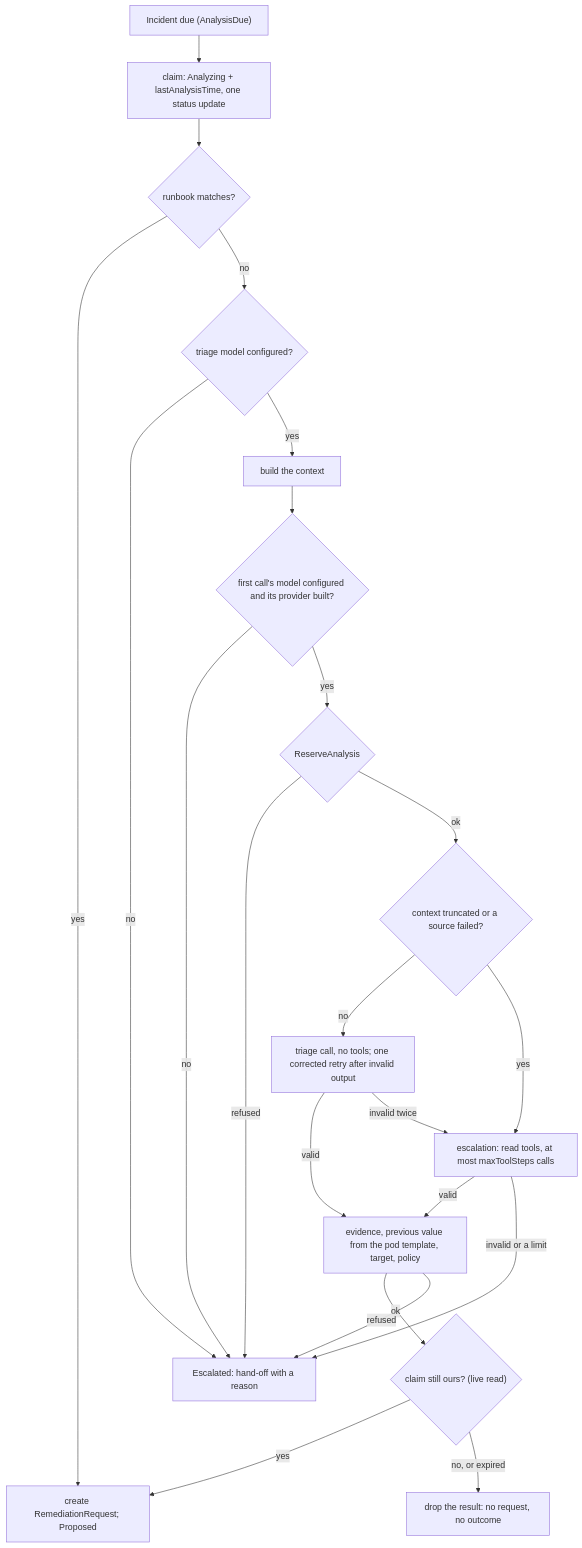
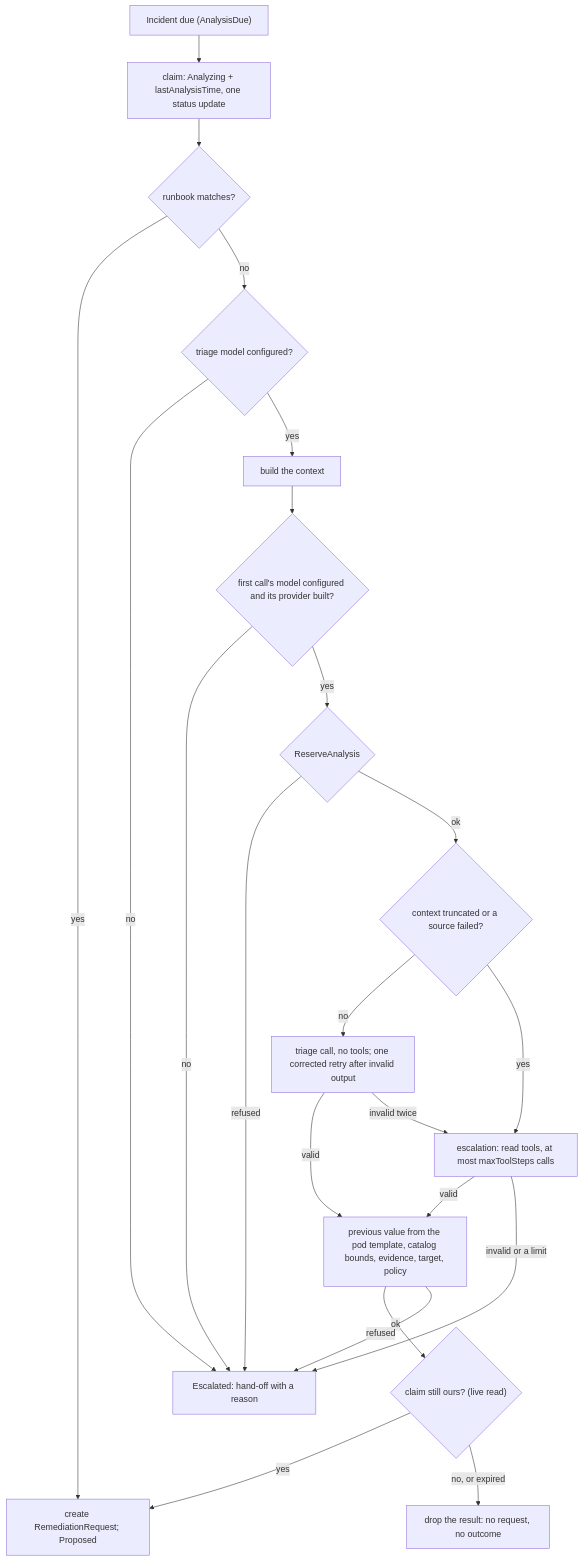
The second of 2 diagrams in docs/design/3-observation-and-deduplication.md (pkalin/shadewright), drawn with Mermaid before and after one commit. The commit also changed other lines of this file and 10 other files, not shown here.

First line of the commit message:
fix(analyzer): check the plan after taking the previous value from the template

````diff
--- a/docs/design/3-observation-and-deduplication.md
+++ b/docs/design/3-observation-and-deduplication.md
@@ -480,24 +480,24 @@
 ```mermaid
 flowchart TD
     due["Incident due (AnalysisDue)"] --> claim["claim: Analyzing + lastAnalysisTime, one status update"]
     claim --> rb{"runbook matches?"}
     rb -- yes --> plan
     rb -- no --> triage_cfg{"triage model configured?"}
     triage_cfg -- no --> handoff
     triage_cfg -- yes --> ctx["build the context"]
     ctx --> first{"first call's model configured and its provider built?"}
     first -- no --> handoff
     first -- yes --> budget{"ReserveAnalysis"}
     budget -- refused --> handoff
     budget -- ok --> signal{"context truncated or a source failed?"}
     signal -- no --> triage["triage call, no tools; one corrected retry after invalid output"]
     triage -- valid --> check
     triage -- invalid twice --> esc
     signal -- yes --> esc["escalation: read tools, at most maxToolSteps calls"]
-    esc -- valid --> check["evidence, previous value from the pod template, target, policy"]
+    esc -- valid --> check["previous value from the pod template, catalog bounds, evidence, target, policy"]
     esc -- invalid or a limit --> handoff
     check -- ok --> recheck{"claim still ours? (live read)"}
     recheck -- yes --> plan["create RemediationRequest; Proposed"]
     recheck -- "no, or expired" --> drop["drop the result: no request, no outcome"]
     check -- refused --> handoff["Escalated: hand-off with a reason"]
 ```
````
